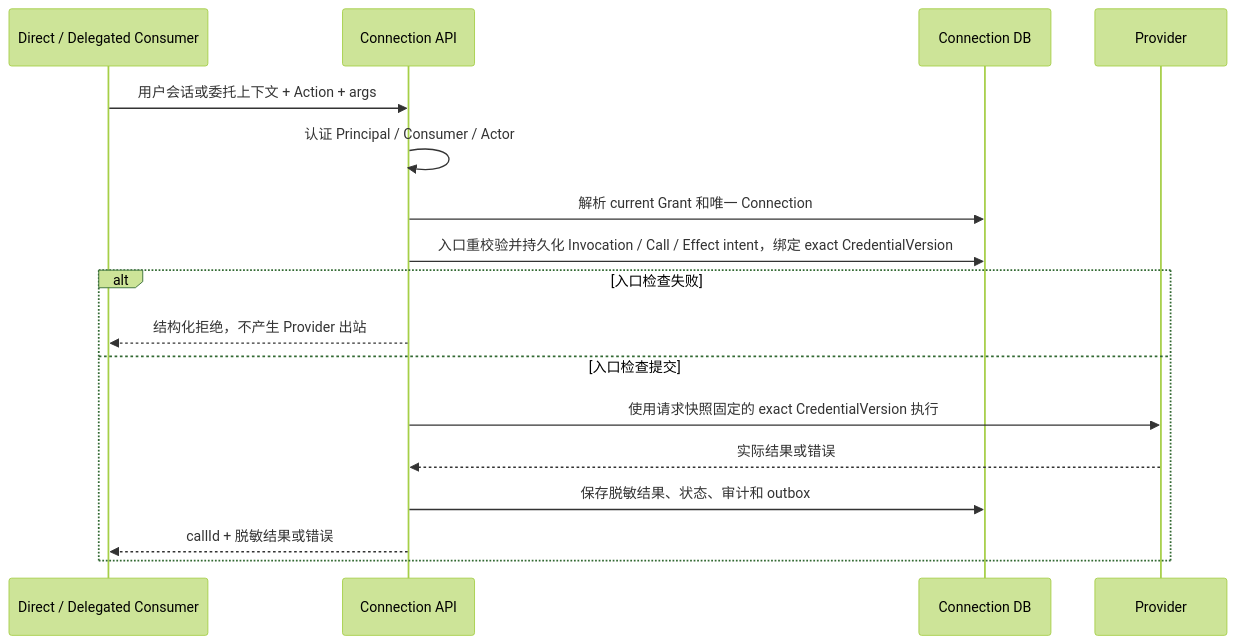
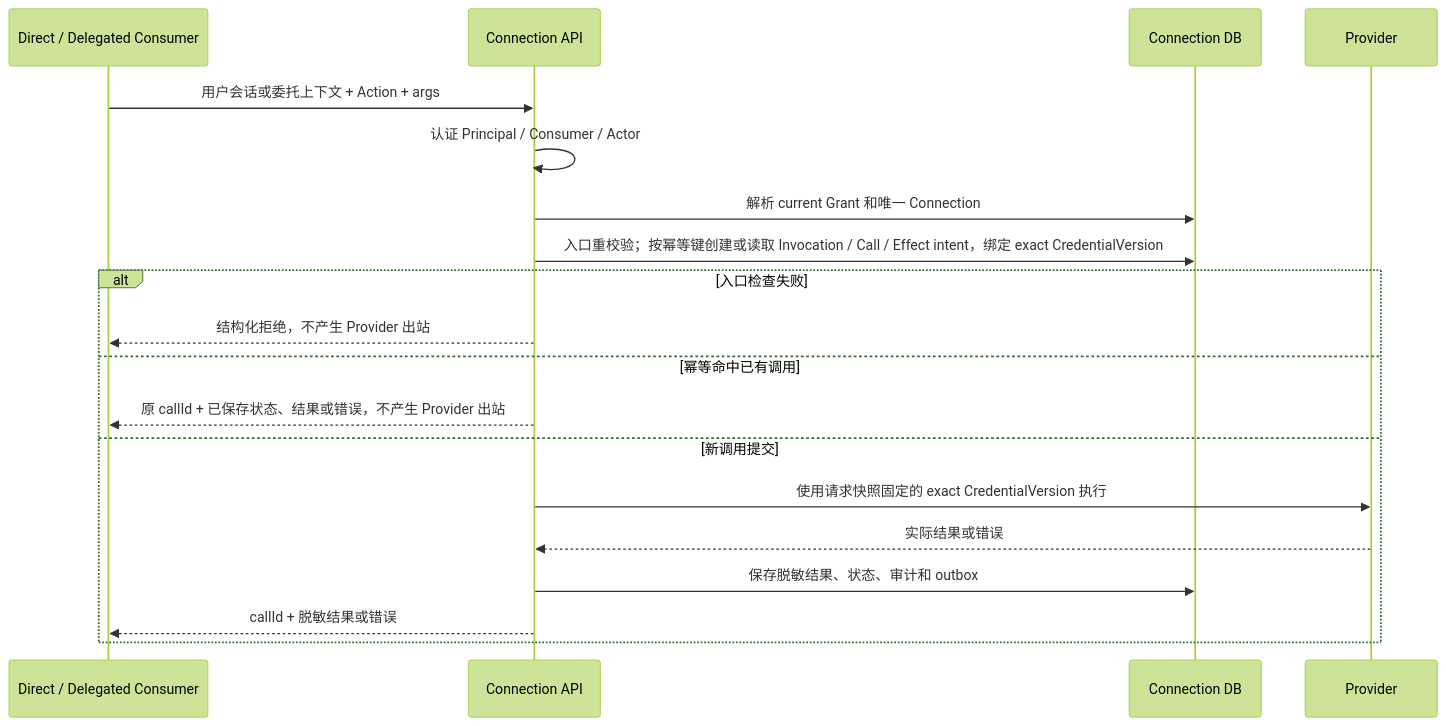
Before and after one commit to AgoraIO-Extensions/agent-infra: the diagram in docs/architecture/HLD-connection-M1.md, drawn with Mermaid (forest theme). The commit also changed other lines of this file, not shown here.

Commit message:
docs: clarify action invocation safety

````diff
--- a/docs/architecture/HLD-connection-M1.md
+++ b/docs/architecture/HLD-connection-M1.md
@@ -121,20 +121,22 @@
 ```mermaid
 sequenceDiagram
     participant U as Direct / Delegated Consumer
     participant C as Connection API
     participant D as Connection DB
     participant X as Provider
 
     U->>C: 用户会话或委托上下文 + Action + args
     C->>C: 认证 Principal / Consumer / Actor
     C->>D: 解析 current Grant 和唯一 Connection
-    C->>D: 入口重校验并持久化 Invocation / Call / Effect intent，绑定 exact CredentialVersion
+    C->>D: 入口重校验；按幂等键创建或读取 Invocation / Call / Effect intent，绑定 exact CredentialVersion
     alt 入口检查失败
         C-->>U: 结构化拒绝，不产生 Provider 出站
-    else 入口检查提交
+    else 幂等命中已有调用
+        C-->>U: 原 callId + 已保存状态、结果或错误，不产生 Provider 出站
+    else 新调用提交
         C->>X: 使用请求快照固定的 exact CredentialVersion 执行
         X-->>C: 实际结果或错误
         C->>D: 保存脱敏结果、状态、审计和 outbox
         C-->>U: callId + 脱敏结果或错误
     end
 ```
````
